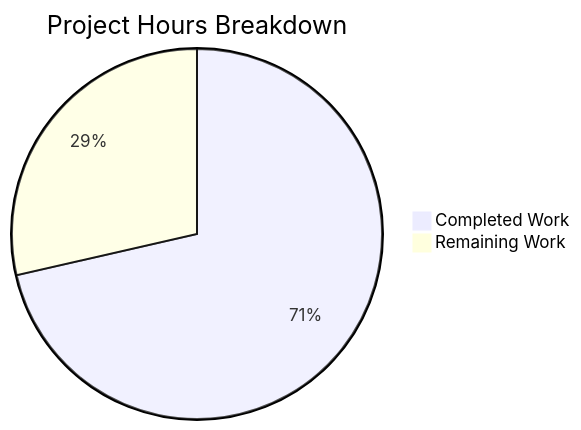
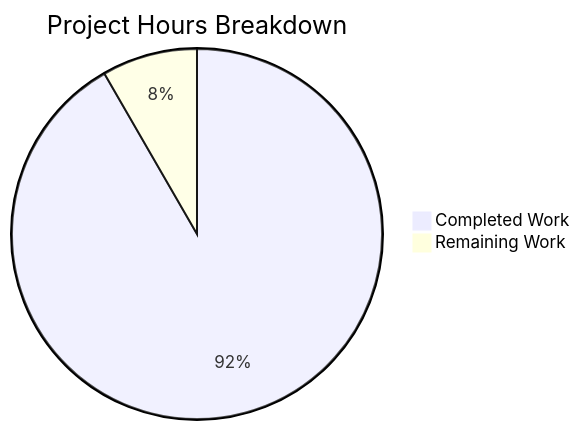
The second of 2 diagrams in blitzy/documentation/Project Guide.md (sudhanshu-spec/test-spec), drawn with Mermaid before and after one commit. The commit also changed other lines of this file, not shown here.

Commit message:
Adding Blitzy Project Guide: Project Status and Human Tasks Remaining

````diff
--- a/blitzy/documentation/Project Guide.md
+++ b/blitzy/documentation/Project Guide.md
@@ -34,5 +138,5 @@
 ```mermaid
 pie title Project Hours Breakdown
-    "Completed Work" : 10
-    "Remaining Work" : 4
+    "Completed Work" : 11
+    "Remaining Work" : 1
 ```
````
